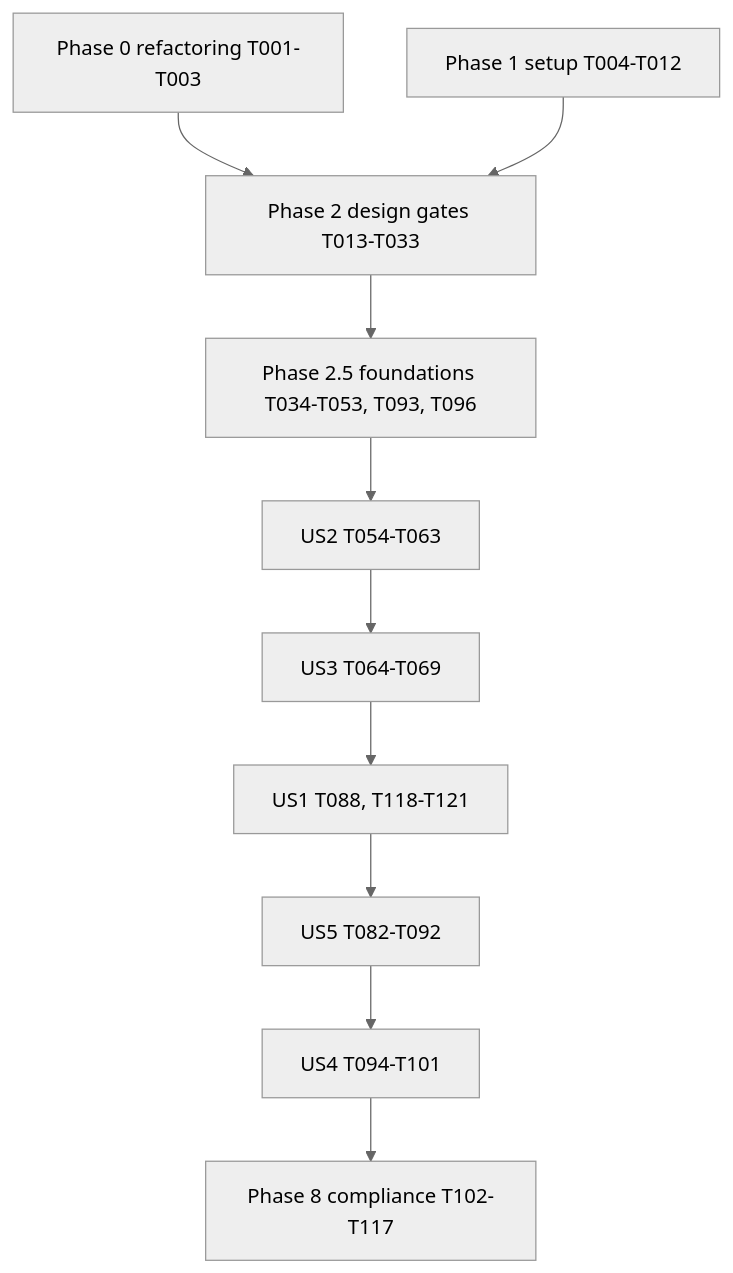
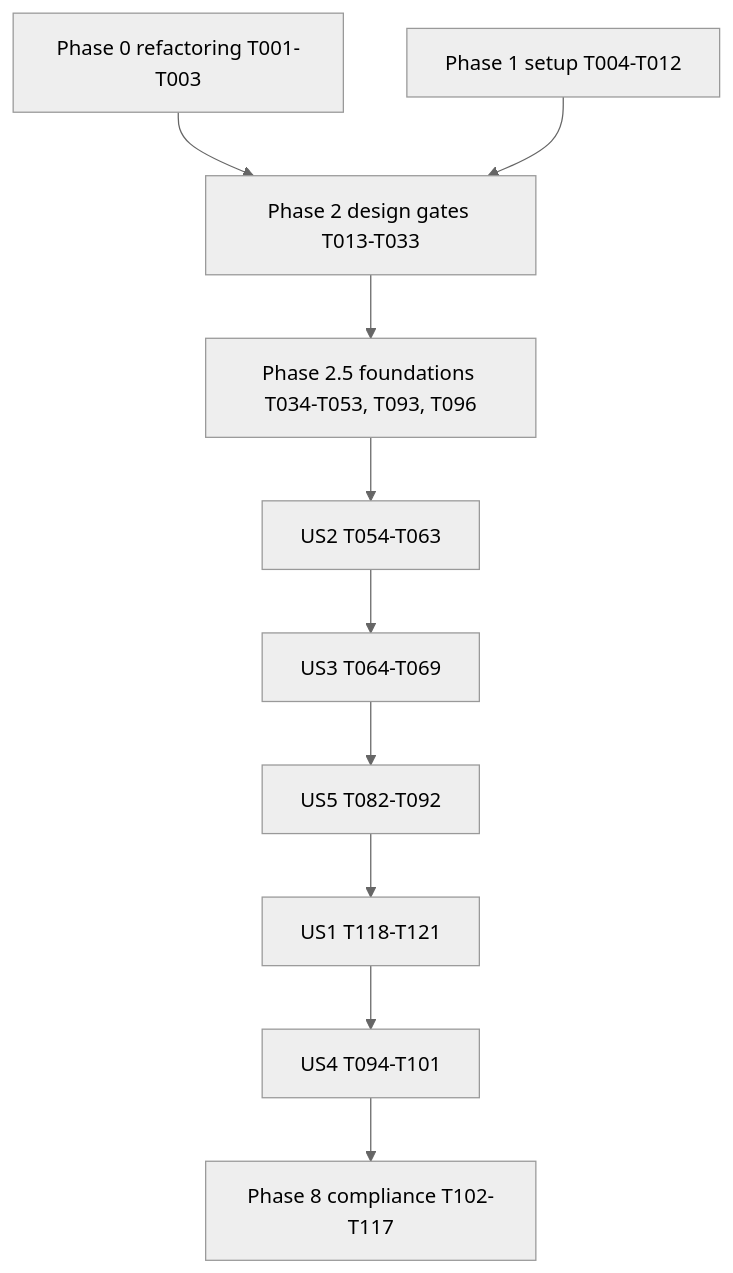
The diagram in specs/20261123-194542-decision-model-tool-approvals/tasks.md (zalando-incubator/agentic-identity-broker), drawn with Mermaid (neutral theme) before and after one commit. The commit also changed other lines of this file and 9 other files, not shown here.

````diff
--- a/specs/20261123-194542-decision-model-tool-approvals/tasks.md
+++ b/specs/20261123-194542-decision-model-tool-approvals/tasks.md
@@ -299,12 +300,12 @@
 ```mermaid
 flowchart TD
   P0["Phase 0 refactoring T001-T003"] --> P2["Phase 2 design gates T013-T033"]
   P1["Phase 1 setup T004-T012"] --> P2
   P2 --> F["Phase 2.5 foundations T034-T053, T093, T096"]
   F --> US2["US2 T054-T063"]
   US2 --> US3["US3 T064-T069"]
-  US3 --> US1["US1 T088, T118-T121"]
-  US1 --> US5["US5 T082-T092"]
-  US5 --> US4["US4 T094-T101"]
+  US3 --> US5["US5 T082-T092"]
+  US5 --> US1["US1 T118-T121"]
+  US1 --> US4["US4 T094-T101"]
   US4 --> N["Phase 8 compliance T102-T117"]
 ```
````
